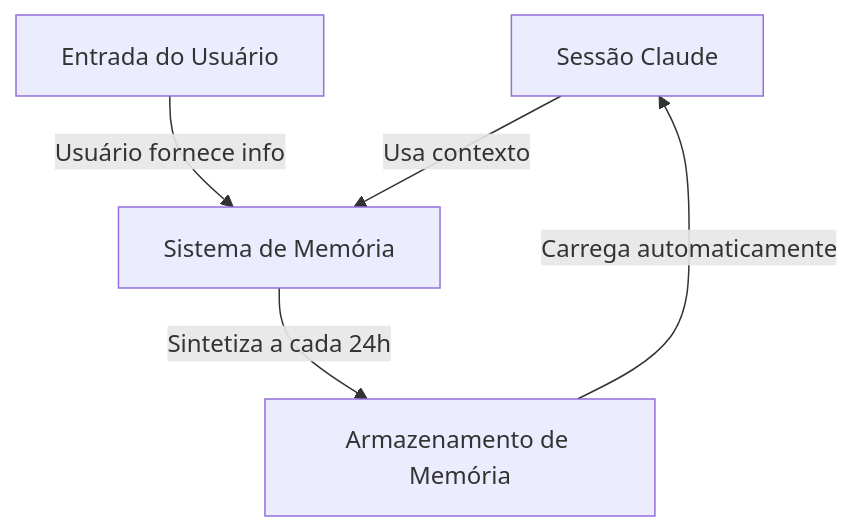
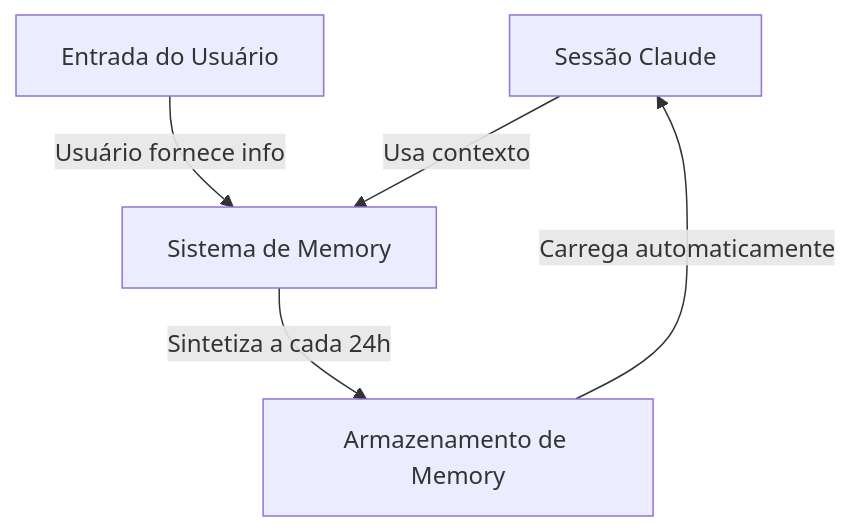
One commit to Diegobecker07/claude-howto changed the first of 5 diagrams in pt-BR/02-memory/README.md. Above: the diagram before and after it, drawn with Mermaid. The commit also changed other lines of this file and 26 other files, not shown here.

````diff
--- a/pt-BR/02-memory/README.md
+++ b/pt-BR/02-memory/README.md
@@ -200,12 +200,12 @@
 ```mermaid
 graph TB
     A["Sessão Claude"]
     B["Entrada do Usuário"]
-    C["Sistema de Memória"]
-    D["Armazenamento de Memória"]
+    C["Sistema de Memory"]
+    D["Armazenamento de Memory"]
 
     B -->|Usuário fornece info| C
     C -->|Sintetiza a cada 24h| D
     D -->|Carrega automaticamente| A
     A -->|Usa contexto| C
 ```
````
